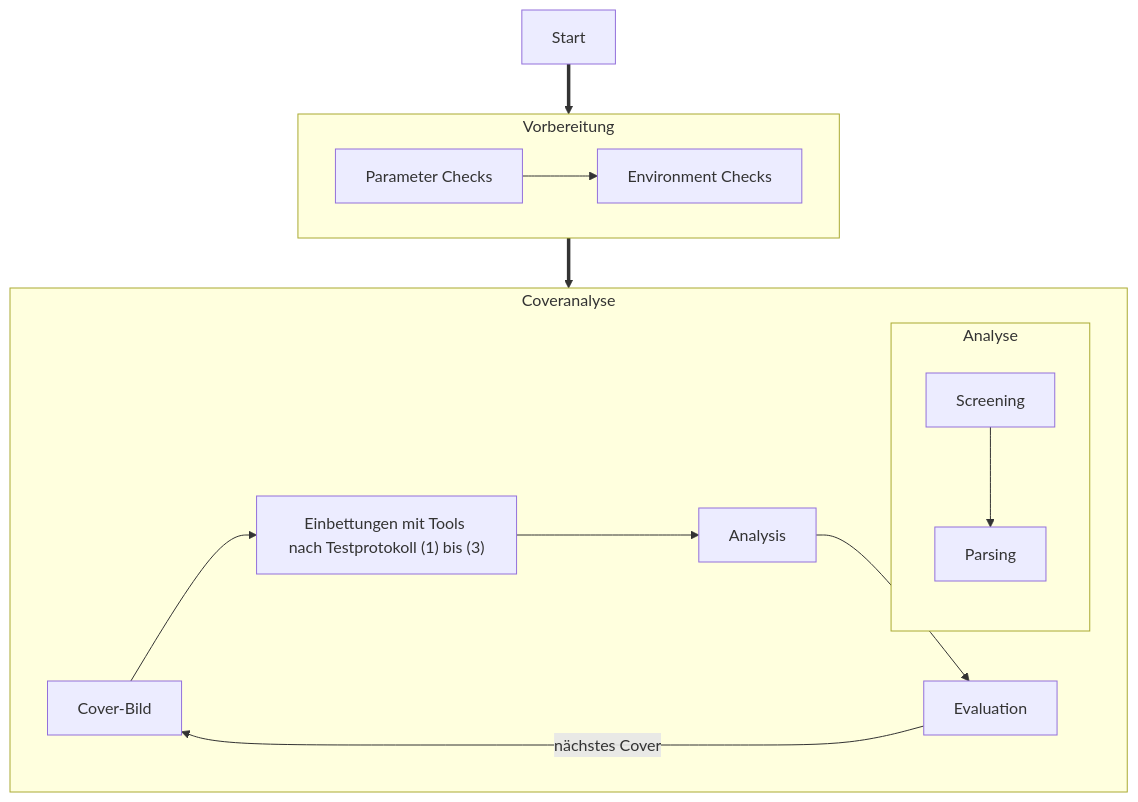
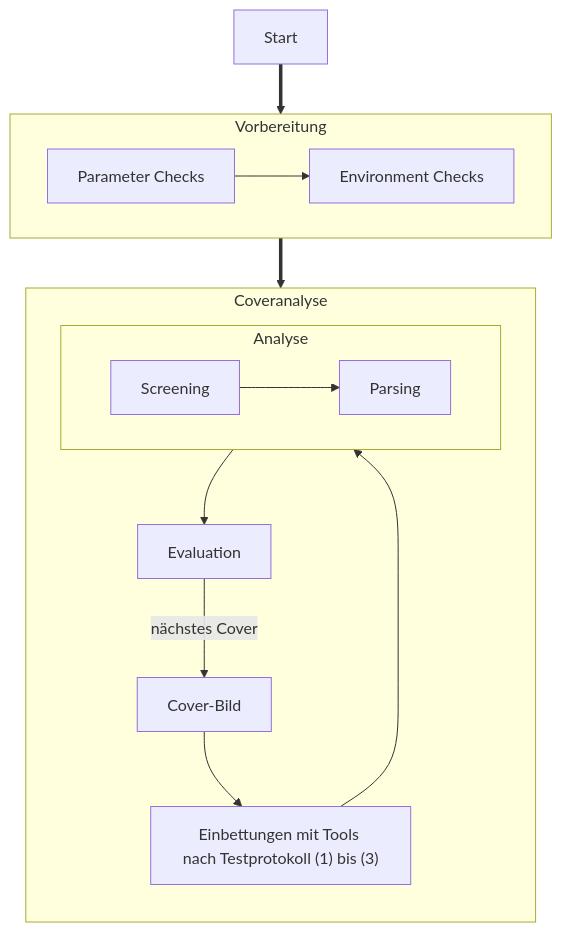
One commit to bh-8/amsl-it-security-projects changed the diagram in SMKITS5/README.md. Above: the diagram before and after it, drawn with Mermaid.

````diff
--- a/SMKITS5/README.md
+++ b/SMKITS5/README.md
@@ -78,26 +78,28 @@
     ```mermaid
     flowchart TB;
       start["Start"]
       subgraph Vorbereitung
         direction LR
         params["Parameter Checks"]
         env["Environment Checks"]
         params-->env
       end
       subgraph Coveranalyse
-        direction LR
+        direction TB
         new["Cover-Bild"]
         embed["Einbettungen mit Tools nach Testprotokoll (1) bis (3)"]
         subgraph Analyse
-          direction TB
+          direction LR
           screening["Screening"]
           parsing["Parsing"]
           screening-->parsing
         end
         eval["Evaluation"]
-        new-->embed-->Analysis-->eval
+        new-->embed
+        embed-->Analyse
+        Analyse-->eval
         eval--nächstes Cover-->new
       end
       start==>Vorbereitung
       Vorbereitung==>Coveranalyse
     ```
````
